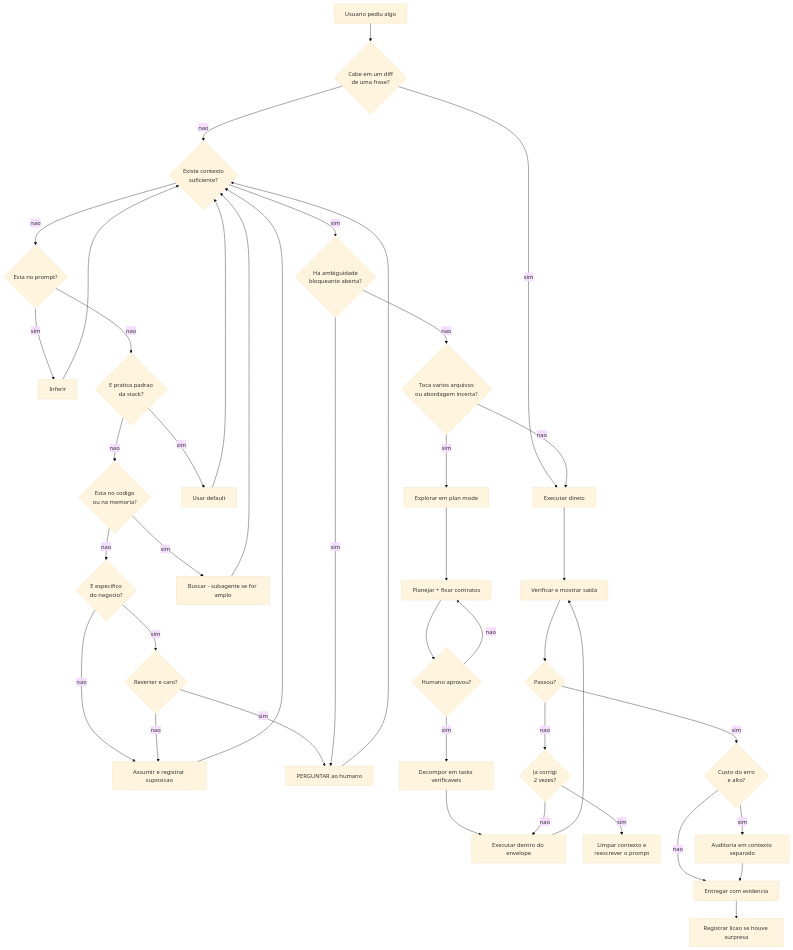
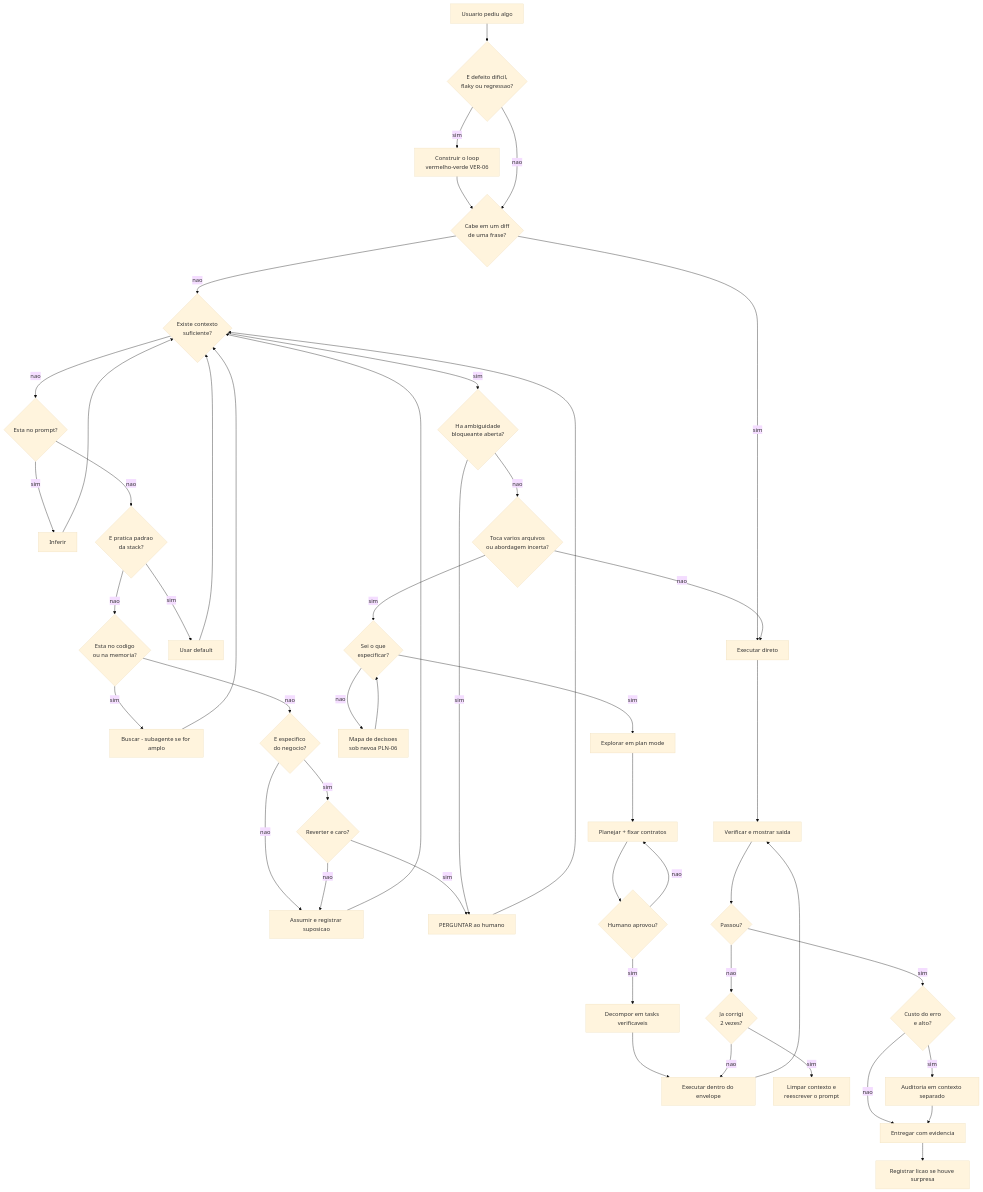
One commit to Brian5m1th/agent-foundation-kit changed the first of 6 diagrams in kb/09-decisao-estados-algoritmos.md. Above: the diagram before and after it, drawn with Mermaid (base theme). The commit also changed other lines of this file and 12 other files, not shown here.

````diff
--- a/kb/09-decisao-estados-algoritmos.md
+++ b/kb/09-decisao-estados-algoritmos.md
@@ -15,42 +15,46 @@
 ```mermaid
 graph TD
-    A[Usuario pediu algo] --> B{Cabe em um diff<br/>de uma frase?}
+    A[Usuario pediu algo] --> A1{E defeito dificil,<br/>flaky ou regressao?}
+    A1 -->|sim| A2[Construir o loop<br/>vermelho-verde VER-06] --> B
+    A1 -->|nao| B{Cabe em um diff<br/>de uma frase?}
     B -->|sim| C[Executar direto] --> V[Verificar e mostrar saida]
     B -->|nao| D{Existe contexto<br/>suficiente?}
     D -->|nao| E{Esta no prompt?}
     E -->|sim| F[Inferir]
     E -->|nao| G{E pratica padrao<br/>da stack?}
     G -->|sim| H[Usar default]
     G -->|nao| I{Esta no codigo<br/>ou na memoria?}
     I -->|sim| J[Buscar - subagente se for amplo]
     I -->|nao| K{E especifico<br/>do negocio?}
     K -->|nao| L[Assumir e registrar suposicao]
     K -->|sim| M{Reverter e caro?}
     M -->|nao| L
     M -->|sim| N[PERGUNTAR ao humano]
     F --> D
     H --> D
     J --> D
     L --> D
     N --> D
     D -->|sim| O{Ha ambiguidade<br/>bloqueante aberta?}
     O -->|sim| N
     O -->|nao| P{Toca varios arquivos<br/>ou abordagem incerta?}
     P -->|nao| C
-    P -->|sim| Q[Explorar em plan mode]
+    P -->|sim| P1{Sei o que<br/>especificar?}
+    P1 -->|nao| P2[Mapa de decisoes<br/>sob nevoa PLN-06] --> P1
+    P1 -->|sim| Q[Explorar em plan mode]
     Q --> R[Planejar + fixar contratos]
     R --> S{Humano aprovou?}
     S -->|nao| R
     S -->|sim| T[Decompor em tasks verificaveis]
     T --> U[Executar dentro do envelope]
     U --> V
     V --> W{Passou?}
     W -->|nao| X{Ja corrigi<br/>2 vezes?}
     X -->|sim| Y[Limpar contexto e<br/>reescrever o prompt]
     X -->|nao| U
     W -->|sim| Z{Custo do erro<br/>e alto?}
     Z -->|sim| AA[Auditoria em contexto separado]
     Z -->|nao| AB[Entregar com evidencia]
     AA --> AB
     AB --> AC[Registrar licao se houve surpresa]
 ```
````
